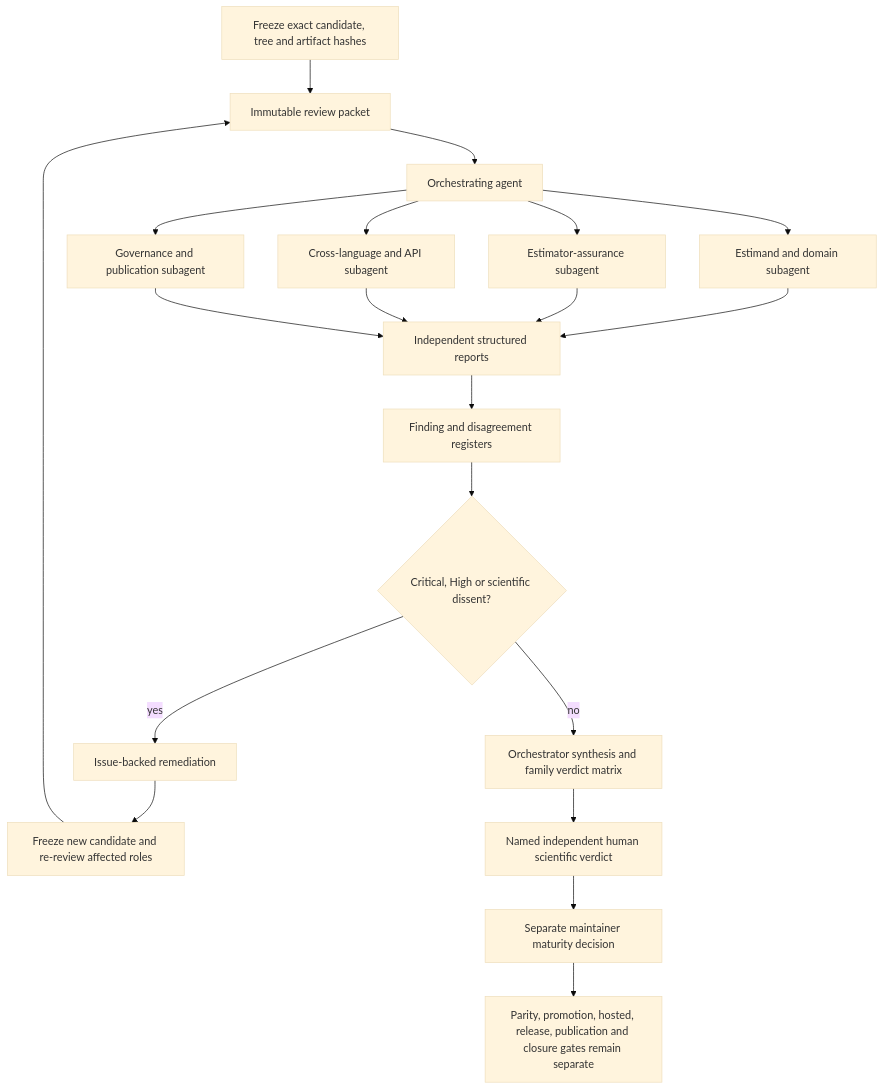
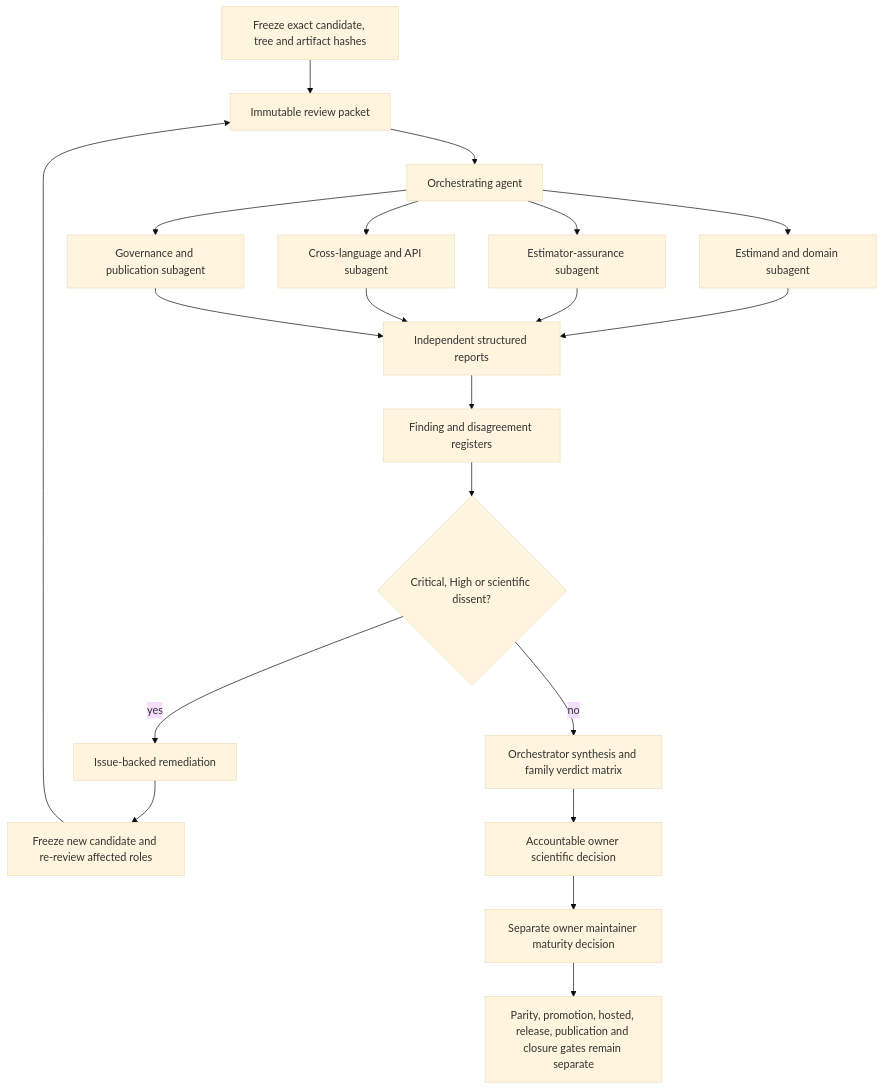
The first of 13 diagrams in conductor/tracks/supported_frontier_method_completion_20260723/design.md (edithatogo/voiage), drawn with Mermaid (base theme) before and after one commit. The commit also changed 20 other files, not shown here.

````diff
--- a/conductor/tracks/supported_frontier_method_completion_20260723/design.md
+++ b/conductor/tracks/supported_frontier_method_completion_20260723/design.md
@@ -5,22 +5,22 @@
 ```mermaid
 flowchart TD
     Candidate["Freeze exact candidate, tree and artifact hashes"] --> Packet["Immutable review packet"]
     Packet --> Orchestrator["Orchestrating agent"]
     Orchestrator --> Estimand["Estimand and domain subagent"]
     Orchestrator --> Assurance["Estimator-assurance subagent"]
     Orchestrator --> Parity["Cross-language and API subagent"]
     Orchestrator --> Governance["Governance and publication subagent"]
     Estimand --> Reports["Independent structured reports"]
     Assurance --> Reports
     Parity --> Reports
     Governance --> Reports
     Reports --> Register["Finding and disagreement registers"]
     Register --> Blocked{"Critical, High or scientific dissent?"}
     Blocked -->|yes| Remediate["Issue-backed remediation"]
     Remediate --> Rebind["Freeze new candidate and re-review affected roles"]
     Rebind --> Packet
     Blocked -->|no| Synthesis["Orchestrator synthesis and family verdict matrix"]
-    Synthesis --> Human["Named independent human scientific verdict"]
-    Human --> Maintainer["Separate maintainer maturity decision"]
+    Synthesis --> OwnerScience["Accountable owner scientific decision"]
+    OwnerScience --> Maintainer["Separate owner maintainer maturity decision"]
     Maintainer --> Gates["Parity, promotion, hosted, release, publication and closure gates remain separate"]
 ```
````
